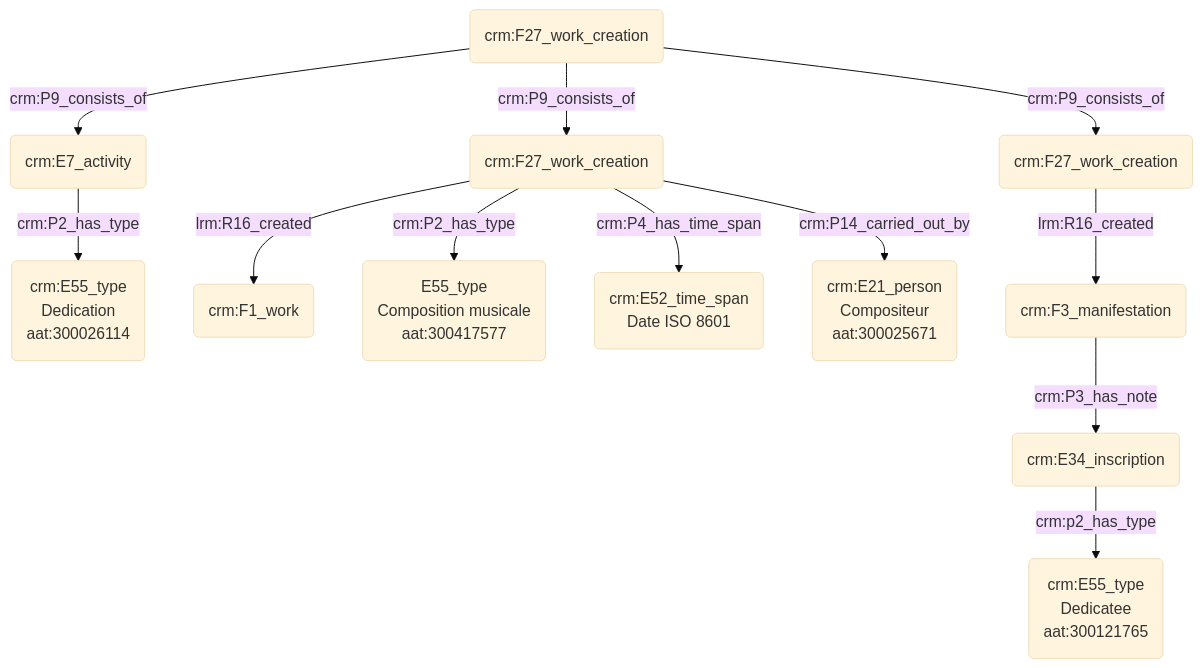
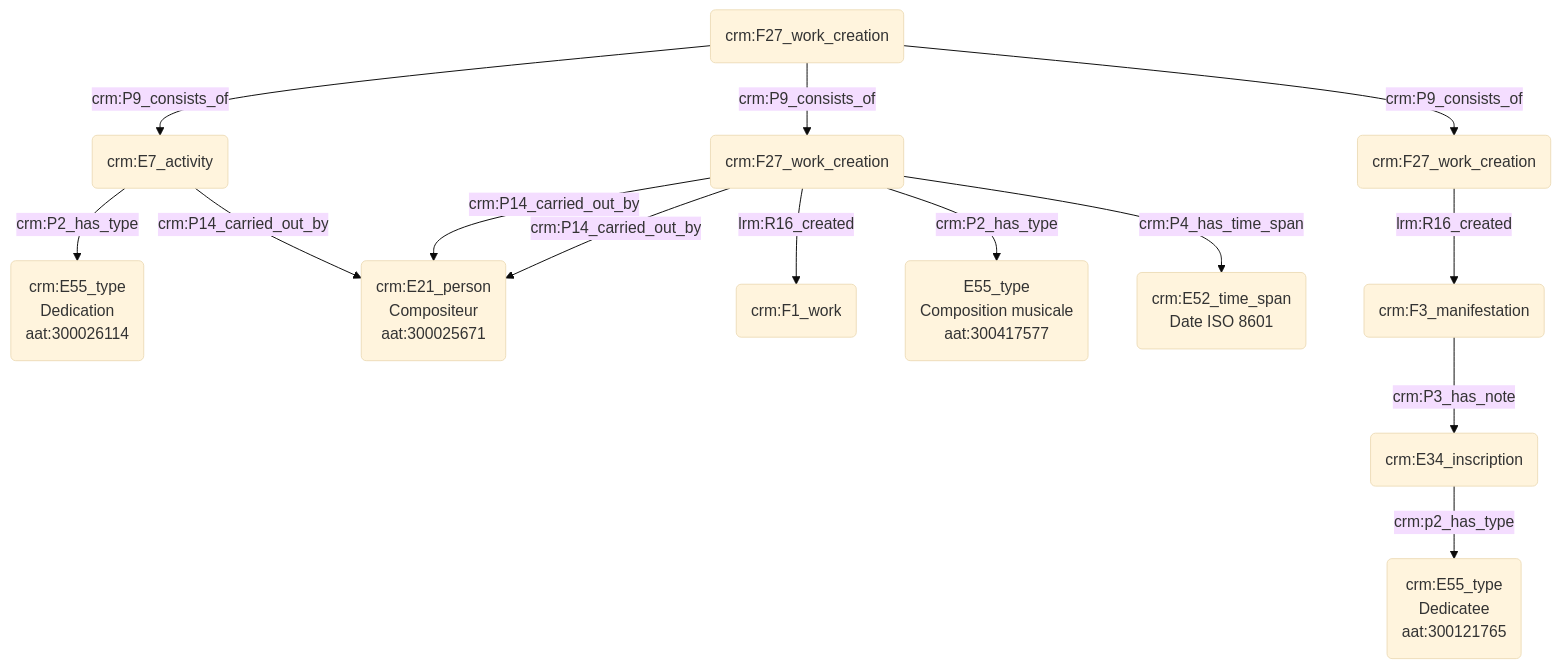
One commit to Amleth/consortium-musica2-gt2-ontologies changed the diagram in modules/livrables/Dossier 2/Indexation conceptuelle/dédicataire d'une œuvre.md. Above: the diagram before and after it, drawn with Mermaid (base theme).

Commit message:
Update dédicataire d'une œuvre.md

````diff
--- a/modules/livrables/Dossier 2/Indexation conceptuelle/dédicataire d'une œuvre.md
+++ b/modules/livrables/Dossier 2/Indexation conceptuelle/dédicataire d'une œuvre.md
@@ -17,19 +17,21 @@
 ```mermaid
 graph TD;
 
 M(crm:F27_work_creation) --> |crm:P9_consists_of| C(crm:E7_activity)
 M(crm:F27_work_creation) --> |crm:P9_consists_of| A(crm:F27_work_creation)
 M(crm:F27_work_creation) --> |crm:P9_consists_of| G(crm:F27_work_creation)
 
 C(crm:E7_activity) --> |crm:P2_has_type| O(crm:E55_type<br>Dedication<br>aat:300026114)
+C(crm:E7_activity) --> |crm:P14_carried_out_by| L(crm:E21_person<br>Compositeur<br>aat:300025671)
 
+A(crm:F27_work_creation) --> |crm:P14_carried_out_by| L(crm:E21_person<br>Compositeur<br>aat:300025671)
 A(crm:F27_work_creation) --> |lrm:R16_created| B(crm:F1_work)
 A(crm:F27_work_creation) --> |crm:P2_has_type| N(E55_type<br>Composition musicale<br>aat:300417577)
 A(crm:F27_work_creation) --> |crm:P4_has_time_span| J(crm:E52_time_span<br>Date ISO 8601)
 A(crm:F27_work_creation) --> |crm:P14_carried_out_by| L(crm:E21_person<br>Compositeur<br>aat:300025671)
 
 G(crm:F27_work_creation) --> |lrm:R16_created| E(crm:F3_manifestation) 
 E(crm:F3_manifestation) --> |crm:P3_has_note| H(crm:E34_inscription)
 H(crm:E34_inscription) --> |crm:p2_has_type| F(crm:E55_type<br>Dedicatee<br>aat:300121765)
 
 ```
````
